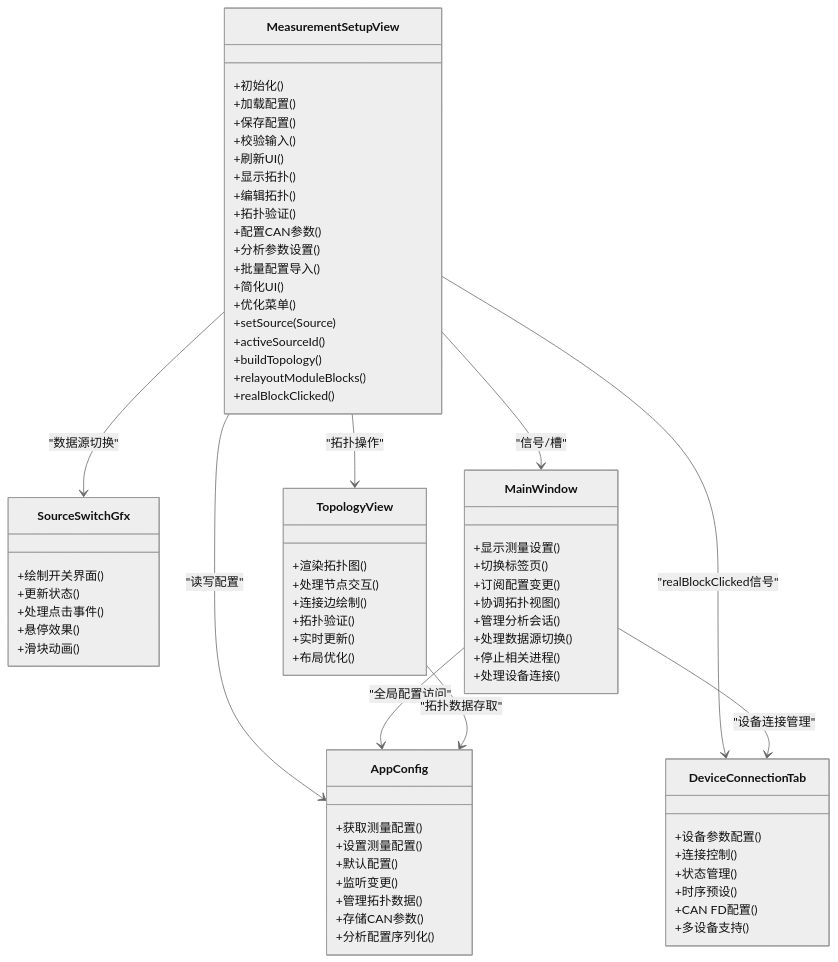
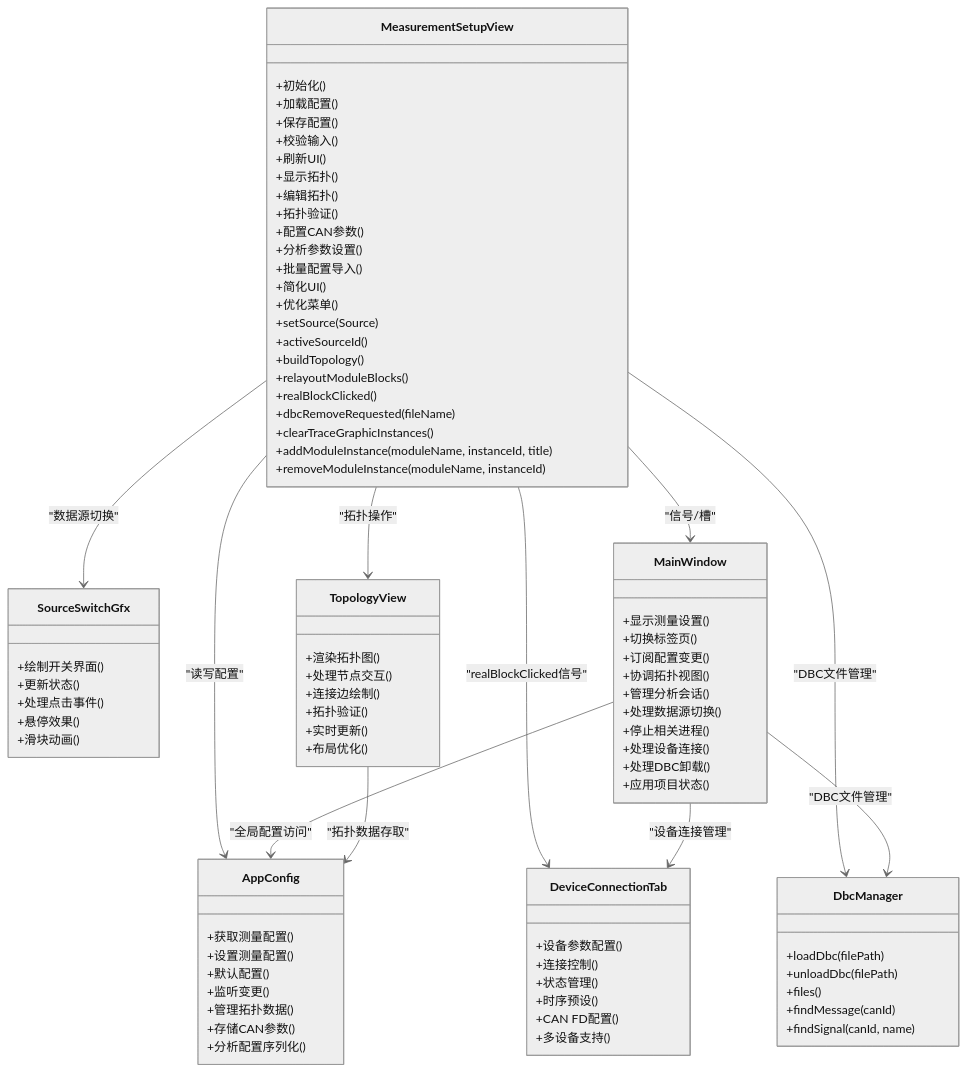
The second of 10 diagrams in .qoder/repowiki/zh/content/架构设计/UI系统设计/测量设置视图组件.md (jakecai1225-design/OpenBus), drawn with Mermaid (neutral theme) before and after one commit. The commit also changed other lines of this file and 9 other files, not shown here.

````diff
--- a/.qoder/repowiki/zh/content/架构设计/UI系统设计/测量设置视图组件.md
+++ b/.qoder/repowiki/zh/content/架构设计/UI系统设计/测量设置视图组件.md
@@ -140,6 +152,10 @@
 +buildTopology()
 +relayoutModuleBlocks()
 +realBlockClicked()
++dbcRemoveRequested(fileName)
++clearTraceGraphicInstances()
++addModuleInstance(moduleName, instanceId, title)
++removeModuleInstance(moduleName, instanceId)
 }
 class DeviceConnectionTab {
 +设备参数配置()
@@ -165,6 +181,8 @@
 +处理数据源切换()
 +停止相关进程()
 +处理设备连接()
++处理DBC卸载()
++应用项目状态()
 }
 class AppConfig {
 +获取测量配置()
@@ -183,12 +201,21 @@
 +实时更新()
 +布局优化()
 }
+class DbcManager {
++loadDbc(filePath)
++unloadDbc(filePath)
++files()
++findMessage(canId)
++findSignal(canId, name)
+}
 MeasurementSetupView --> MainWindow : "信号/槽"
 MeasurementSetupView --> DeviceConnectionTab : "realBlockClicked信号"
 MeasurementSetupView --> SourceSwitchGfx : "数据源切换"
 MeasurementSetupView --> AppConfig : "读写配置"
+MeasurementSetupView --> DbcManager : "DBC文件管理"
 MeasurementSetupView --> TopologyView : "拓扑操作"
 MainWindow --> AppConfig : "全局配置访问"
 MainWindow --> DeviceConnectionTab : "设备连接管理"
+MainWindow --> DbcManager : "DBC文件管理"
 Topolog yView --> AppConfig : "拓扑数据存取"
 ```
````
